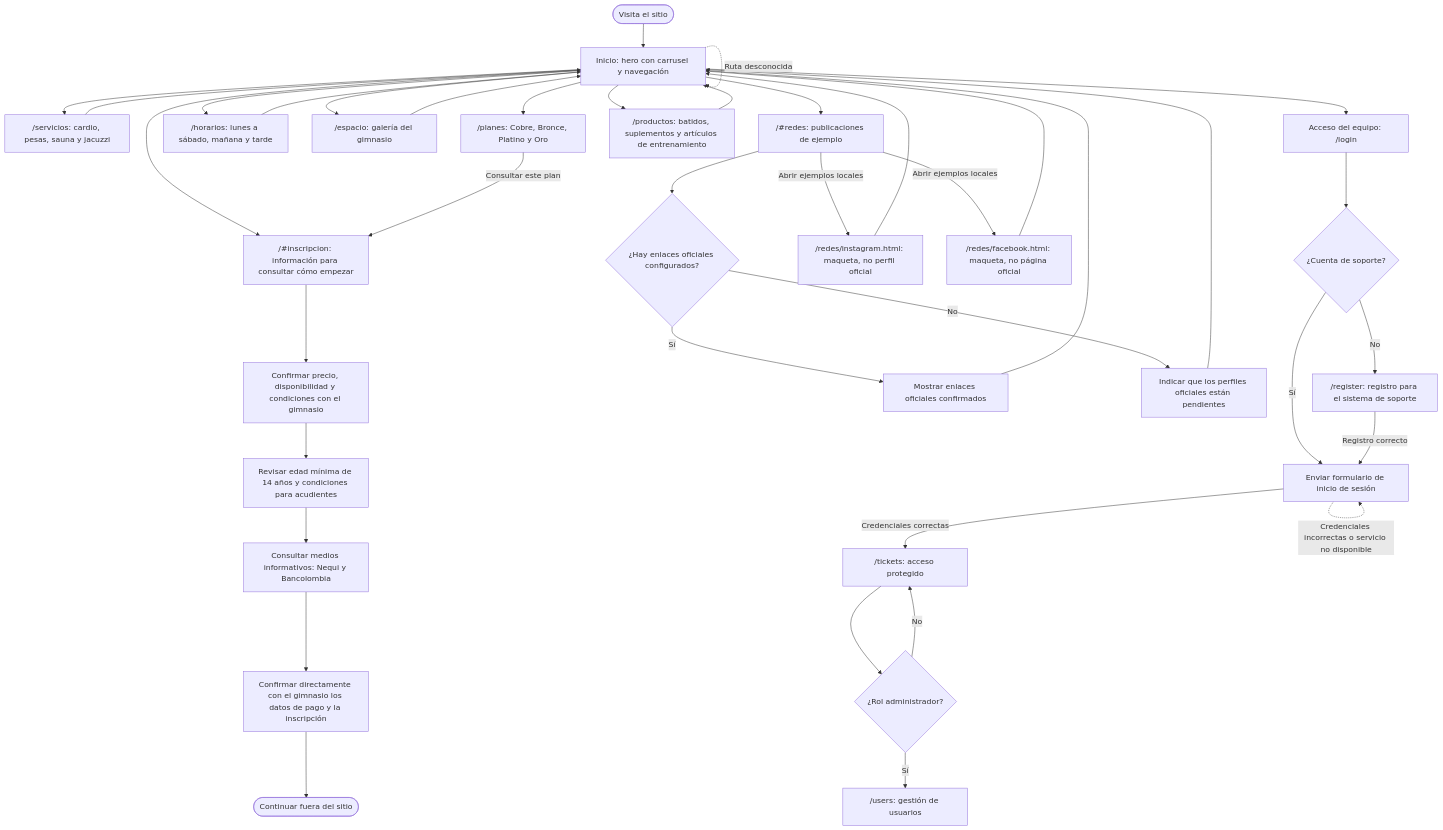
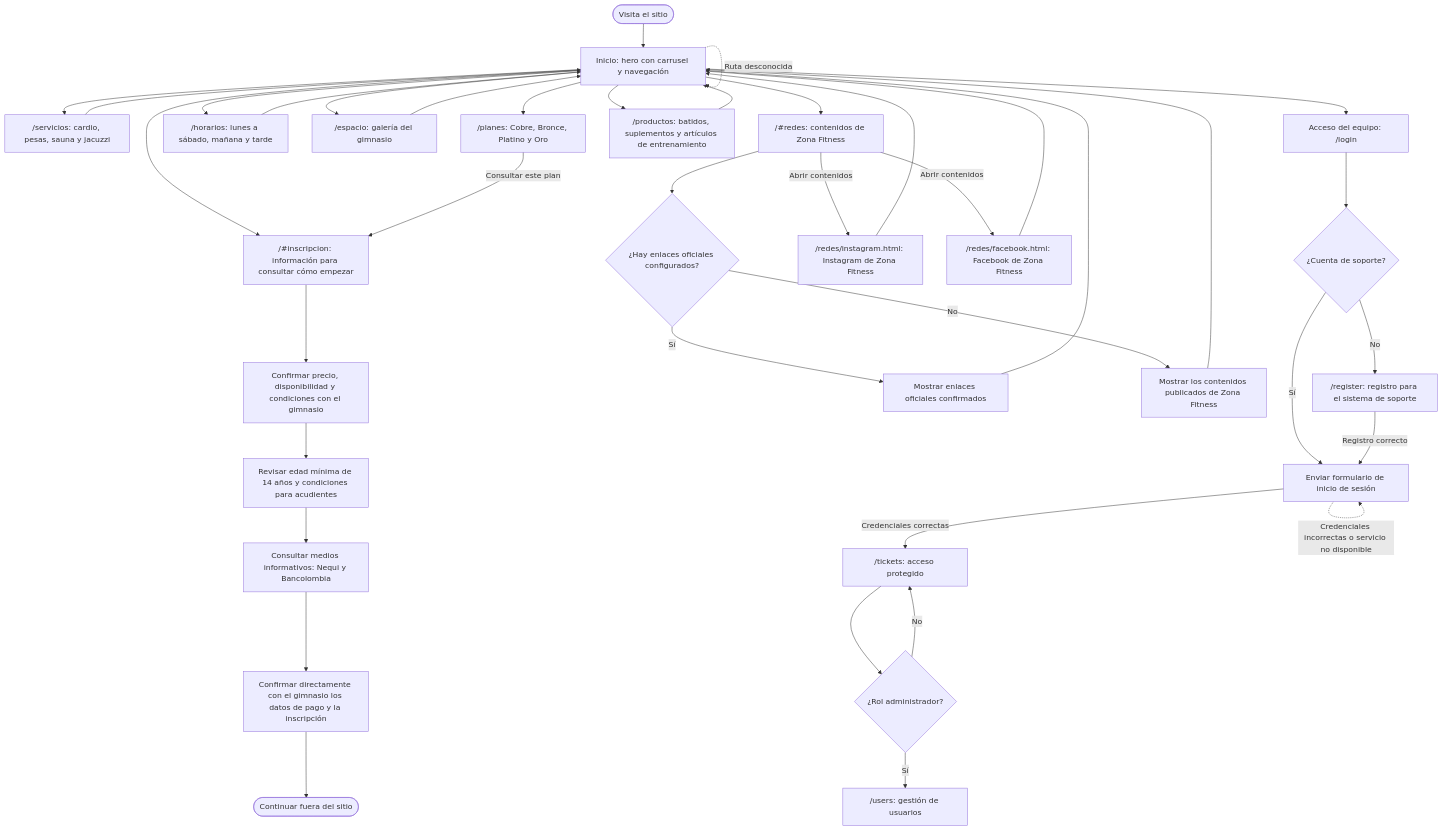
The diagram in docs/diagrama-flujo.md (yhojan2025/zona-fitness), drawn with Mermaid before and after one commit. The commit also changed other lines of this file and 23 other files, not shown here.

````diff
--- a/docs/diagrama-flujo.md
+++ b/docs/diagrama-flujo.md
@@ -8,47 +8,47 @@
 ```mermaid
 flowchart TD
     A([Visita el sitio]) --> H["Inicio: hero con carrusel y navegación"]
 
     H --> S["/servicios: cardio, pesas, sauna y jacuzzi"]
     H --> P["/planes: Cobre, Bronce, Platino y Oro"]
     H --> O["/horarios: lunes a sábado, mañana y tarde"]
     H --> G["/espacio: galería del gimnasio"]
-    H --> R["/#redes: publicaciones de ejemplo"]
+    H --> R["/#redes: contenidos de Zona Fitness"]
     H --> C["/productos: batidos, suplementos y artículos de entrenamiento"]
     H --> J["/#inscripcion: información para consultar cómo empezar"]
 
     S --> H
     O --> H
     G --> H
     C --> H
 
     P -->|Consultar este plan| J
     J --> I["Confirmar precio, disponibilidad y condiciones con el gimnasio"]
     I --> E["Revisar edad mínima de 14 años y condiciones para acudientes"]
     E --> M["Consultar medios informativos: Nequi y Bancolombia"]
     M --> X["Confirmar directamente con el gimnasio los datos de pago y la inscripción"]
     X --> Z([Continuar fuera del sitio])
 
     R --> L{¿Hay enlaces oficiales configurados?}
     L -->|Sí| OI["Mostrar enlaces oficiales confirmados"]
-    L -->|No| N["Indicar que los perfiles oficiales están pendientes"]
-    R -->|Abrir ejemplos locales| IG["/redes/instagram.html: maqueta, no perfil oficial"]
-    R -->|Abrir ejemplos locales| FB["/redes/facebook.html: maqueta, no página oficial"]
+    L -->|No| N["Mostrar los contenidos publicados de Zona Fitness"]
+    R -->|Abrir contenidos| IG["/redes/instagram.html: Instagram de Zona Fitness"]
+    R -->|Abrir contenidos| FB["/redes/facebook.html: Facebook de Zona Fitness"]
     OI --> H
     N --> H
     IG --> H
     FB --> H
 
     H --> T["Acceso del equipo: /login"]
     T --> Q{¿Cuenta de soporte?}
     Q -->|Sí| LO["Enviar formulario de inicio de sesión"]
     Q -->|No| RE["/register: registro para el sistema de soporte"]
     RE -->|Registro correcto| LO
     LO -->|Credenciales correctas| TK["/tickets: acceso protegido"]
     LO -. Credenciales incorrectas o servicio no disponible .-> LO
     TK --> D{¿Rol administrador?}
     D -->|Sí| U["/users: gestión de usuarios"]
     D -->|No| TK
 
     H -. Ruta desconocida .-> H
 ```
````
